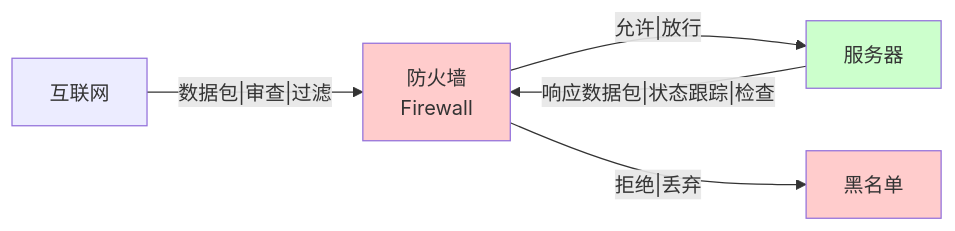
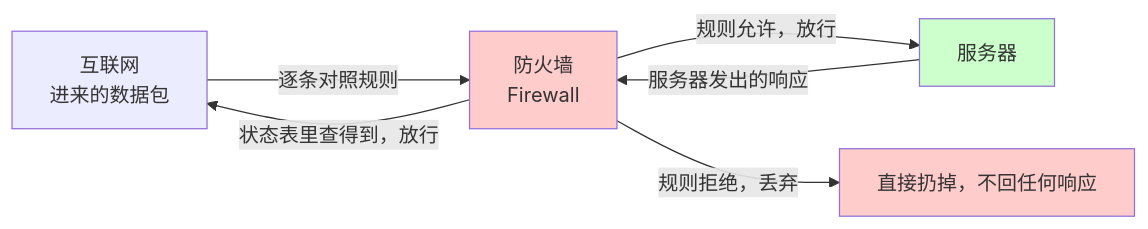
Before and after one commit to before80/prgms: the first of 7 diagrams in content/linux/firewall_safe/Chapter-34-Firewall-Basics.md, drawn with Mermaid. The commit also changed other lines of this file and 1645 other files, not shown here.

````diff
--- a/content/linux/firewall_safe/Chapter-34-Firewall-Basics.md
+++ b/content/linux/firewall_safe/Chapter-34-Firewall-Basics.md
@@ -32,10 +32,11 @@
 ```mermaid
 graph LR
-    A["互联网"] -->|"数据包|审查|过滤"| B["防火墙<br/>Firewall"]
-    B -->|"允许|放行"| C["服务器"]
-    B -->|"拒绝|丢弃"| D["黑名单"]
-    C -->|"响应数据包|状态跟踪|检查"| B
+    A["互联网<br>进来的数据包"] -->|"逐条对照规则"| B["防火墙<br>Firewall"]
+    B -->|"规则允许，放行"| C["服务器"]
+    B -->|"规则拒绝，丢弃"| D["直接扔掉，不回任何响应"]
+    C -->|"服务器发出的响应"| B
+    B -->|"状态表里查得到，放行"| A
     style B fill:#ffcccc
     style C fill:#ccffcc
     style D fill:#ffcccc
 ```
````
